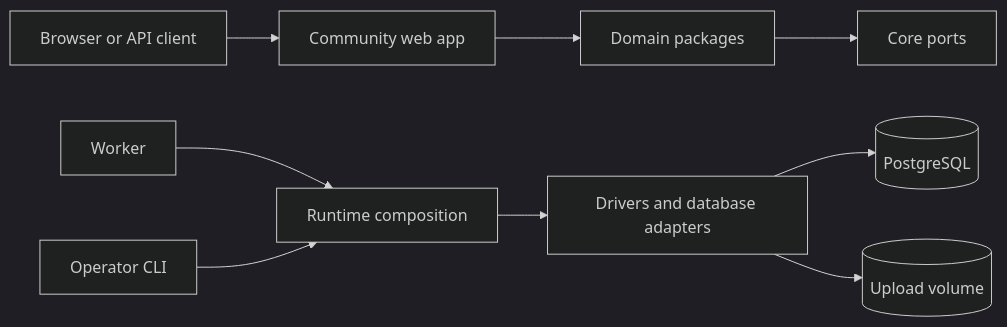
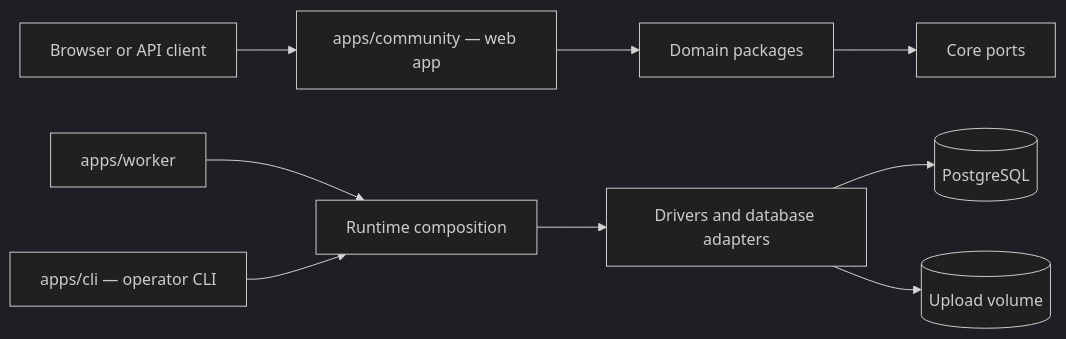
Before and after one commit to meith-dev/meith: the diagram in docs/reference/architecture.md, drawn with Mermaid (dark theme). The commit also changed other lines of this file and 15 other files, not shown here.

First line of the commit message:
docs: rewrite the development and architecture guides, consolidate small pages

````diff
--- a/docs/reference/architecture.md
+++ b/docs/reference/architecture.md
@@ -11,11 +14,11 @@
 ```mermaid
 flowchart LR
-  Browser[Browser or API client] --> Web[Community web app]
+  Browser[Browser or API client] --> Web[apps/community — web app]
   Web --> Domain[Domain packages]
-  Worker[Worker] --> Runtime[Runtime composition]
-  CLI[Operator CLI] --> Runtime
+  Worker[apps/worker] --> Runtime[Runtime composition]
+  CLI[apps/cli — operator CLI] --> Runtime
   Domain --> Ports[Core ports]
   Runtime --> Drivers[Drivers and database adapters]
   Drivers --> Postgres[(PostgreSQL)]
   Drivers --> Files[(Upload volume)]
 ```
````
